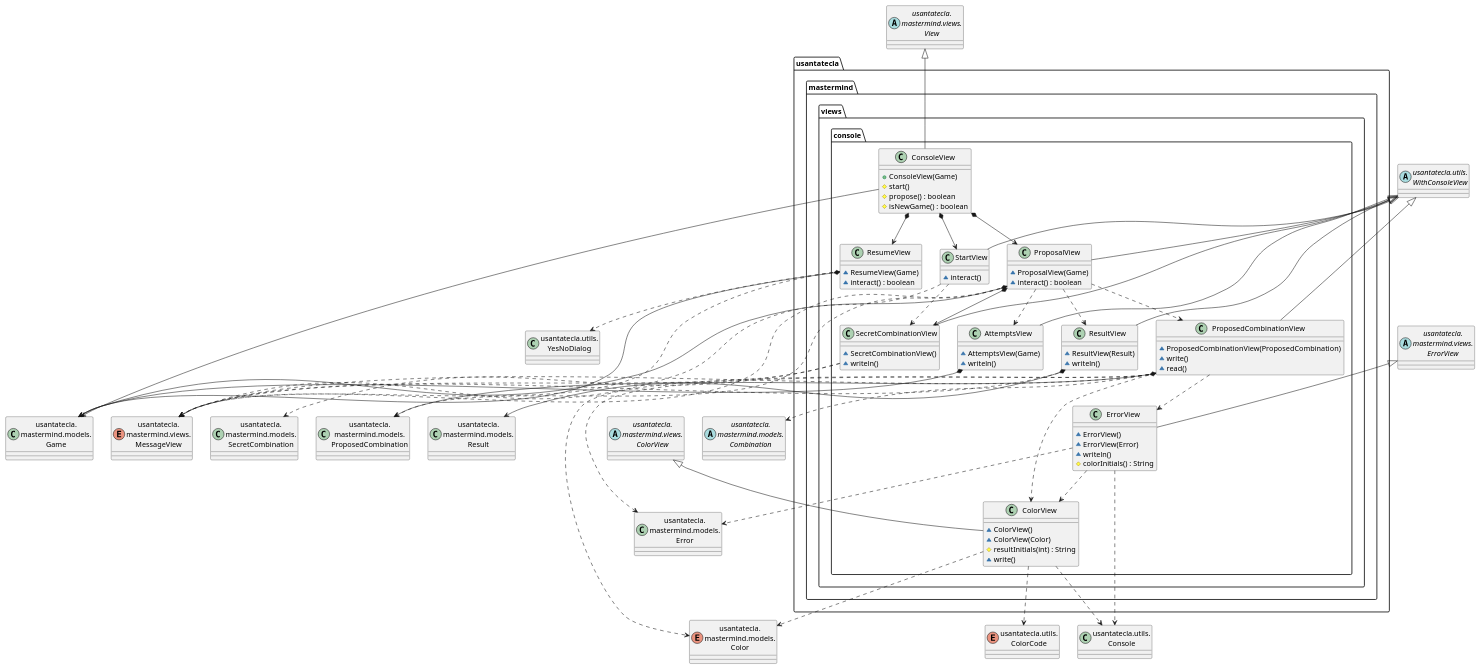
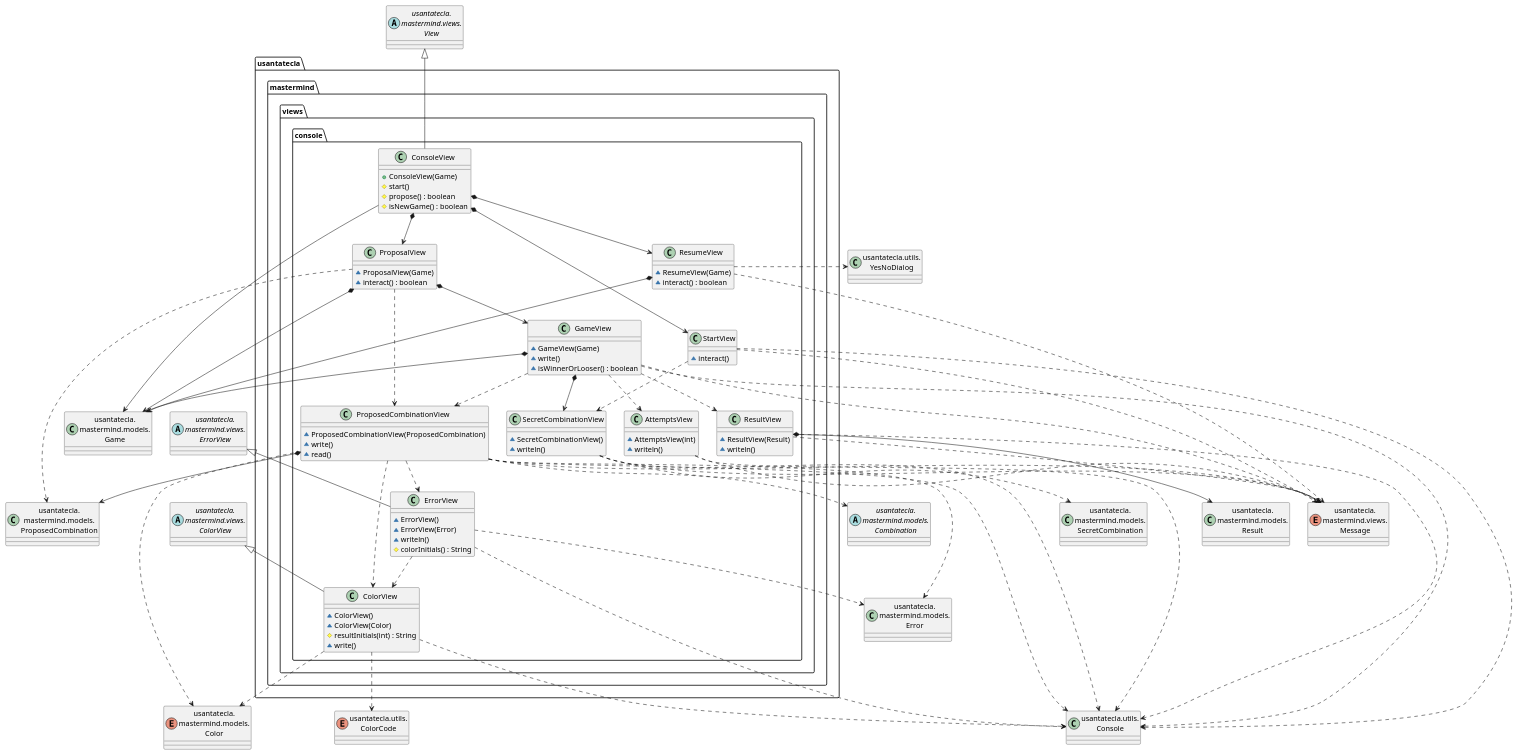
Before and after one commit to SantaTecla-mastermind/solution.java.swing.socket.sql: the third of 6 diagrams in documentView/withoutFactoryMethod/docs/diagrams/src/paquetes.plantuml, drawn with PlantUML. The commit also changed other lines of this file and 4 other files, not shown here.

Commit message:
[withoutFactory] Cambiado paquete graphics para adaptarlo al null patron. Cambiados diagramas para visualizar cambios

```diff
--- a/documentView/withoutFactoryMethod/docs/diagrams/src/paquetes.plantuml
+++ b/documentView/withoutFactoryMethod/docs/diagrams/src/paquetes.plantuml
@@ -71,118 +71,127 @@
 @startuml usantatecla.mastermind.views.console
 class Game as "usantatecla.\nmastermind.models.\nGame"
 class Error as "usantatecla.\nmastermind.models.\nError"
 class Result as "usantatecla.\nmastermind.models.\nResult"
 enum Color as "usantatecla.\nmastermind.models.\nColor"
 abstract class Combination as "usantatecla.\nmastermind.models.\nCombination"
 class ProposedCombination as "usantatecla.\nmastermind.models.\nProposedCombination"
 class SecretCombination as "usantatecla.\nmastermind.models.\nSecretCombination"
 abstract class View as "usantatecla.\nmastermind.views.\nView"
 abstract class ColorView as "usantatecla.\nmastermind.views.\nColorView"
 abstract class ErrorView as "usantatecla.\nmastermind.views.\nErrorView"
-enum MessageView as "usantatecla.\nmastermind.views.\nMessageView"
-abstract class WithConsoleView as "usantatecla.utils.\nWithConsoleView"
+enum Message as "usantatecla.\nmastermind.views.\nMessage"
 class Console as "usantatecla.utils.\nConsole"
 class YesNoDialog as "usantatecla.utils.\nYesNoDialog"
 enum ColorCode as "usantatecla.utils.\nColorCode"
 
 class usantatecla.mastermind.views.console.ConsoleView {
     + ConsoleView(Game)
     # start()
     # propose() : boolean
     # isNewGame() : boolean
 }
 usantatecla.mastermind.views.console.ConsoleView -up-|> View
 usantatecla.mastermind.views.console.ConsoleView *-down-> usantatecla.mastermind.views.console.StartView
 usantatecla.mastermind.views.console.ConsoleView *-down-> usantatecla.mastermind.views.console.ProposalView
 usantatecla.mastermind.views.console.ConsoleView *-down-> usantatecla.mastermind.views.console.ResumeView
 usantatecla.mastermind.views.console.ConsoleView --> Game
 
 class usantatecla.mastermind.views.console.ResumeView {
     ~ ResumeView(Game)
     ~ interact() : boolean
 }
 usantatecla.mastermind.views.console.ResumeView *-down-> Game
-usantatecla.mastermind.views.console.ResumeView ..> YesNoDialog
-usantatecla.mastermind.views.console.ResumeView ..> MessageView
+usantatecla.mastermind.views.console.ResumeView ..> Message
+usantatecla.mastermind.views.console.ResumeView .> YesNoDialog
 
 class usantatecla.mastermind.views.console.StartView {
     ~ interact()
 }
-usantatecla.mastermind.views.console.StartView -up-|> WithConsoleView
-usantatecla.mastermind.views.console.StartView ..> MessageView
+usantatecla.mastermind.views.console.StartView ..> Console
+usantatecla.mastermind.views.console.StartView ..> Message
 usantatecla.mastermind.views.console.StartView ..> usantatecla.mastermind.views.console.SecretCombinationView
+
+class usantatecla.mastermind.views.console.GameView {
+    ~ GameView(Game)
+    ~ write()
+    ~ isWinnerOrLooser() : boolean
+}
+usantatecla.mastermind.views.console.GameView *-down-> Game
+usantatecla.mastermind.views.console.GameView *-down-> usantatecla.mastermind.views.console.SecretCombinationView
+usantatecla.mastermind.views.console.GameView ..> usantatecla.mastermind.views.console.AttemptsView
+usantatecla.mastermind.views.console.GameView ..> usantatecla.mastermind.views.console.ResultView
+usantatecla.mastermind.views.console.GameView ..> usantatecla.mastermind.views.console.ProposedCombinationView
+usantatecla.mastermind.views.console.GameView ..> Message
+usantatecla.mastermind.views.console.GameView ..> Console
 
 class usantatecla.mastermind.views.console.ProposalView {
     ~ ProposalView(Game)
     ~ interact() : boolean
 
 }
-usantatecla.mastermind.views.console.ProposalView -up-|> WithConsoleView
 usantatecla.mastermind.views.console.ProposalView *-down-> Game
-usantatecla.mastermind.views.console.ProposalView *-down-> usantatecla.mastermind.views.console.SecretCombinationView
+usantatecla.mastermind.views.console.ProposalView *-down-> usantatecla.mastermind.views.console.GameView
 usantatecla.mastermind.views.console.ProposalView ..> ProposedCombination
-usantatecla.mastermind.views.console.ProposalView ..> usantatecla.mastermind.views.console.AttemptsView
-usantatecla.mastermind.views.console.ProposalView ..> usantatecla.mastermind.views.console.ResultView
 usantatecla.mastermind.views.console.ProposalView ..> usantatecla.mastermind.views.console.ProposedCombinationView
-usantatecla.mastermind.views.console.ProposalView ..> MessageView
+
 
 class usantatecla.mastermind.views.console.ProposedCombinationView {
     ~ ProposedCombinationView(ProposedCombination)
     ~ write()
     ~ read()
 }
-usantatecla.mastermind.views.console.ProposedCombinationView -up-|> WithConsoleView
 usantatecla.mastermind.views.console.ProposedCombinationView *-down-> ProposedCombination
 usantatecla.mastermind.views.console.ProposedCombinationView ..> usantatecla.mastermind.views.console.ErrorView
 usantatecla.mastermind.views.console.ProposedCombinationView ..> usantatecla.mastermind.views.console.ColorView
 usantatecla.mastermind.views.console.ProposedCombinationView ..> Color
 usantatecla.mastermind.views.console.ProposedCombinationView ..> Error
 usantatecla.mastermind.views.console.ProposedCombinationView ..> Combination
-usantatecla.mastermind.views.console.ProposedCombinationView ..> MessageView
+usantatecla.mastermind.views.console.ProposedCombinationView ..> Message
+usantatecla.mastermind.views.console.ProposedCombinationView ..> Console
 
 class usantatecla.mastermind.views.console.SecretCombinationView {
     ~ SecretCombinationView()
     ~ writeln()
 }
-usantatecla.mastermind.views.console.SecretCombinationView -up-|> WithConsoleView
 usantatecla.mastermind.views.console.SecretCombinationView ..> SecretCombination
-usantatecla.mastermind.views.console.SecretCombinationView ..> MessageView
+usantatecla.mastermind.views.console.SecretCombinationView ..> Message
+usantatecla.mastermind.views.console.SecretCombinationView ..> Console
 
 class usantatecla.mastermind.views.console.ResultView {
     ~ ResultView(Result)
     ~ writeln()
 }
-usantatecla.mastermind.views.console.ResultView -up-|> WithConsoleView
 usantatecla.mastermind.views.console.ResultView *-down-> Result
-usantatecla.mastermind.views.console.ResultView ..> MessageView
+usantatecla.mastermind.views.console.ResultView ..> Message
+usantatecla.mastermind.views.console.ResultView ..> Console
 
 class usantatecla.mastermind.views.console.AttemptsView {
-    ~ AttemptsView(Game)
+    ~ AttemptsView(int)
     ~ writeln()
 }
-usantatecla.mastermind.views.console.AttemptsView -up-|> WithConsoleView
-usantatecla.mastermind.views.console.AttemptsView *-down-> Game
+usantatecla.mastermind.views.console.AttemptsView ..> Console
+usantatecla.mastermind.views.console.AttemptsView ..> Message
 
 class usantatecla.mastermind.views.console.ColorView {
     ~ ColorView()
     ~ ColorView(Color)
     # resultInitials(int) : String
     ~ write()
 }
 usantatecla.mastermind.views.console.ColorView -up-|> ColorView
 usantatecla.mastermind.views.console.ColorView ..> ColorCode
 usantatecla.mastermind.views.console.ColorView ..> Console
 usantatecla.mastermind.views.console.ColorView ..> Color
 
 class usantatecla.mastermind.views.console.ErrorView {
     ~ ErrorView()
     ~ ErrorView(Error)
     ~ writeln()
     # colorInitials() : String
 }
 usantatecla.mastermind.views.console.ErrorView -up-|> ErrorView
 usantatecla.mastermind.views.console.ErrorView ..> Error
 usantatecla.mastermind.views.console.ErrorView ..> Console
 usantatecla.mastermind.views.console.ErrorView ..> usantatecla.mastermind.views.console.ColorView
 
 @enduml
```
